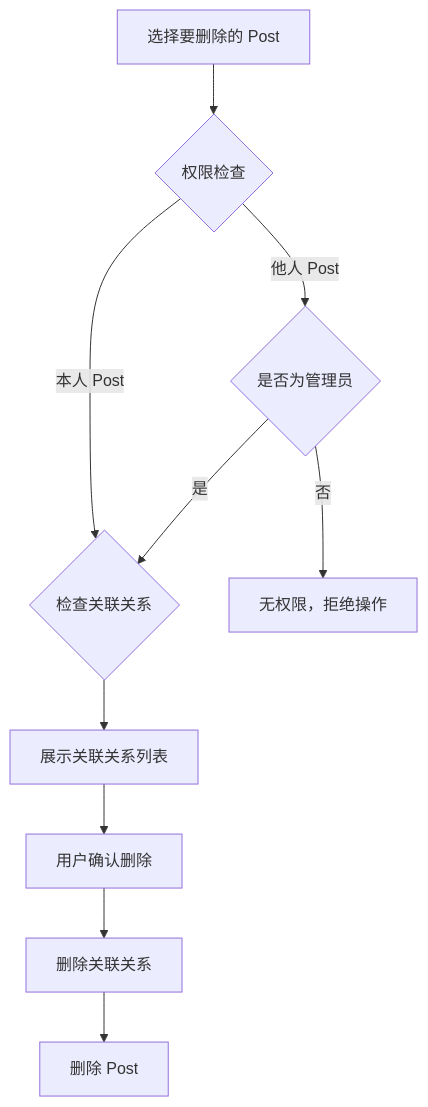
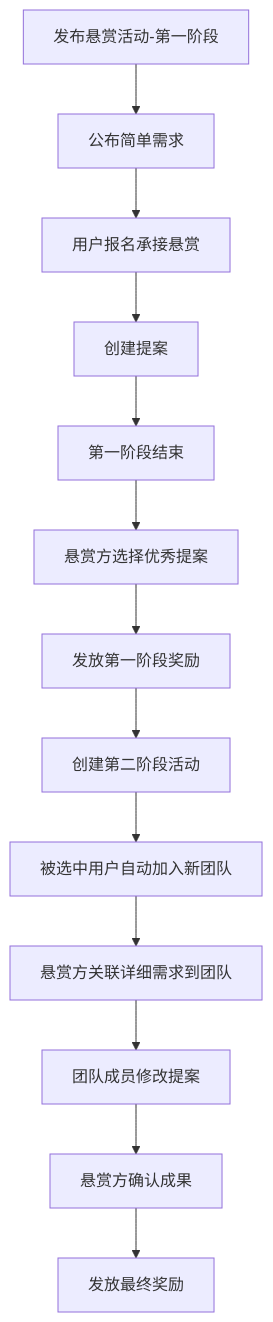
Before and after one commit to H2OSLabs/SynnovatorZero: the fifth of 8 diagrams in docs/user-journeys.md, drawn with Mermaid. The commit also changed other lines of this file and 8 other files, not shown here.

````diff
--- a/docs/user-journeys.md
+++ b/docs/user-journeys.md
@@ -323,12 +326,15 @@
 ```mermaid
 flowchart TD
-    A[选择要删除的 Post] --> B{权限检查}
-    B -->|本人 Post| C{检查关联关系}
-    B -->|他人 Post| D{是否为管理员}
-    D -->|是| C
-    D -->|否| E[无权限，拒绝操作]
-    C --> F[展示关联关系列表]
-    F --> G[用户确认删除]
-    G --> H[删除关联关系]
-    H --> I[删除 Post]
+    A[发布悬赏活动-第一阶段] --> B[公布简单需求]
+    B --> C[用户报名承接悬赏]
+    C --> D[创建提案]
+    D --> E[第一阶段结束]
+    E --> F[悬赏方选择优秀提案]
+    F --> G[发放第一阶段奖励]
+    G --> H[创建第二阶段活动]
+    H --> I[被选中用户自动加入新团队]
+    I --> J[悬赏方关联详细需求到团队]
+    J --> K[团队成员修改提案]
+    K --> L[悬赏方确认成果]
+    L --> M[发放最终奖励]
 ```
````
